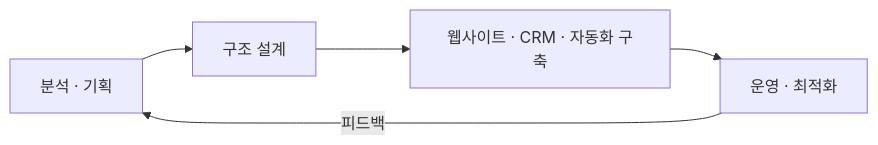
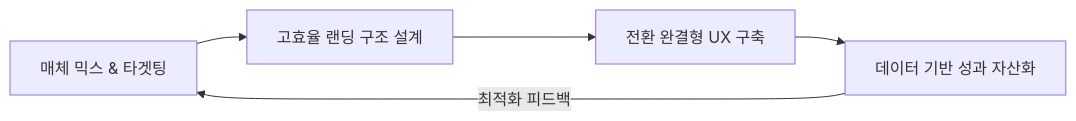
One commit to dalgoms/dalgoms changed the first of 2 diagrams in README.md. Above: the diagram before and after it, drawn with Mermaid. The commit also changed other lines of this file, not shown here.

````diff
--- a/README.md
+++ b/README.md
@@ -24,7 +24,7 @@
 ```mermaid
 flowchart LR
-  A["분석 · 기획"] --> B["구조 설계"]
-  B --> C["웹사이트 · CRM · 자동화 구축"]
-  C --> D["운영 · 최적화"]
-  D -->|"피드백"| A
+  A["매체 믹스 & 타겟팅"] --> B["고효율 랜딩 구조 설계"]
+  B --> C["전환 완결형 UX 구축"]
+  C --> D["데이터 기반 성과 자산화"]
+  D -->|"최적화 피드백"| A
 ```
````
